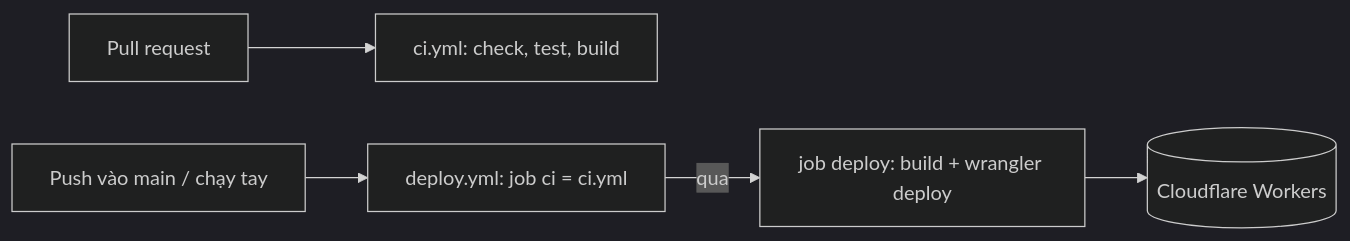
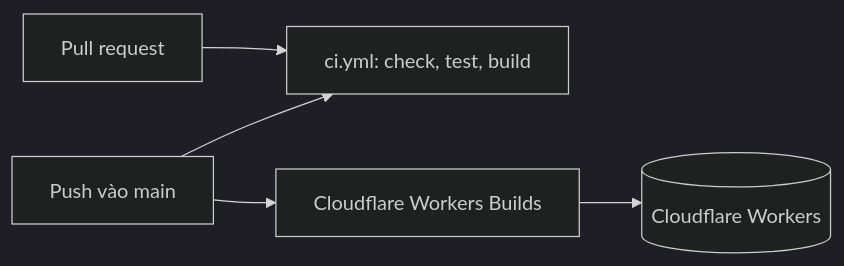
One commit to buiducnhat/ai-la-trieu-phu changed the diagram in docs/architecture/ci-cd-deployment.md. Above: the diagram before and after it, drawn with Mermaid (dark theme). The commit also changed other lines of this file and 7 other files, not shown here.

Commit message:
ci: bỏ workflow deploy, dùng Cloudflare Workers Builds

````diff
--- a/docs/architecture/ci-cd-deployment.md
+++ b/docs/architecture/ci-cd-deployment.md
@@ -5,7 +7,7 @@
 ```mermaid
 flowchart LR
   PR[Pull request] --> CI[ci.yml: check, test, build]
-  Push[Push vào main / chạy tay] --> D1[deploy.yml: job ci = ci.yml]
-  D1 -->|qua| D2[job deploy: build + wrangler deploy]
-  D2 --> CF[(Cloudflare Workers)]
+  Push[Push vào main] --> CI
+  Push --> WB[Cloudflare Workers Builds]
+  WB --> CF[(Cloudflare Workers)]
 ```
````
